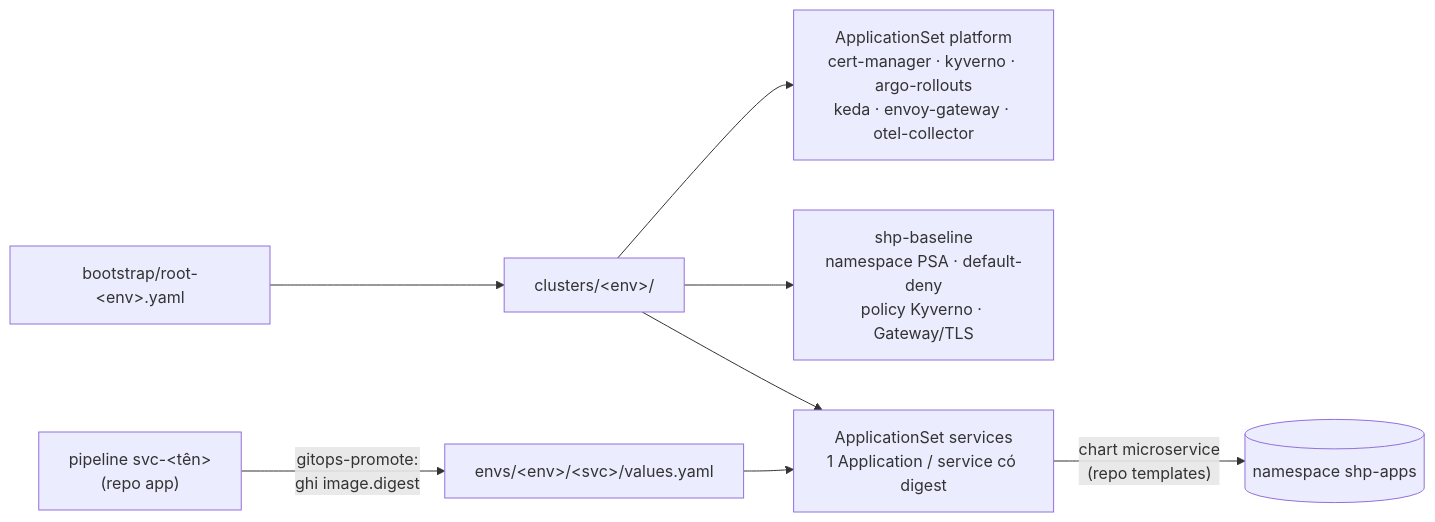
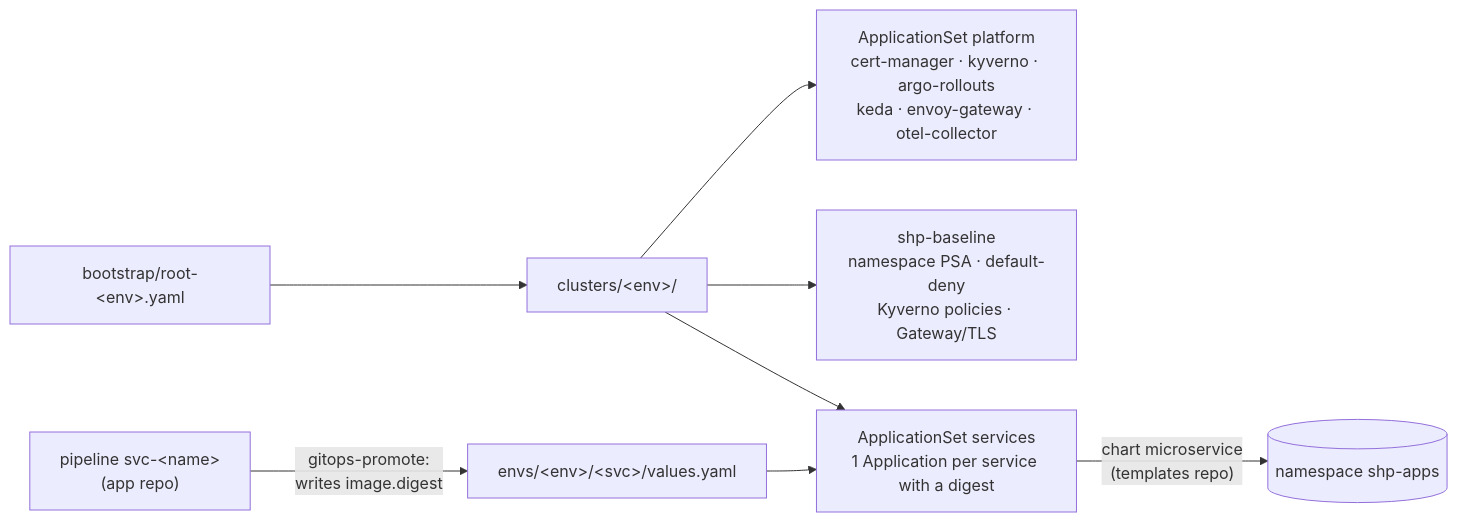
Before and after one commit to viethung12062005/shp-gitops: the diagram in README.md, drawn with Mermaid. The commit also changed other lines of this file and 46 other files, not shown here.

````diff
--- a/README.md
+++ b/README.md
@@ -7,10 +7,10 @@
 ```mermaid
 flowchart LR
-  CI["pipeline svc-&lt;tên&gt;<br/>(repo app)"] -- "gitops-promote:<br/>ghi image.digest" --> R["envs/&lt;env&gt;/&lt;svc&gt;/values.yaml"]
+  CI["pipeline svc-&lt;name&gt;<br/>(app repo)"] -- "gitops-promote:<br/>writes image.digest" --> R["envs/&lt;env&gt;/&lt;svc&gt;/values.yaml"]
   ROOT["bootstrap/root-&lt;env&gt;.yaml"] --> CL["clusters/&lt;env&gt;/"]
   CL --> P["ApplicationSet platform<br/>cert-manager · kyverno · argo-rollouts<br/>keda · envoy-gateway · otel-collector"]
-  CL --> B["shp-baseline<br/>namespace PSA · default-deny<br/>policy Kyverno · Gateway/TLS"]
-  CL --> S["ApplicationSet services<br/>1 Application / service có digest"]
+  CL --> B["shp-baseline<br/>namespace PSA · default-deny<br/>Kyverno policies · Gateway/TLS"]
+  CL --> S["ApplicationSet services<br/>1 Application per service with a digest"]
   R --> S
-  S -- "chart microservice<br/>(repo templates)" --> K[("namespace shp-apps")]
+  S -- "chart microservice<br/>(templates repo)" --> K[("namespace shp-apps")]
 ```
````
